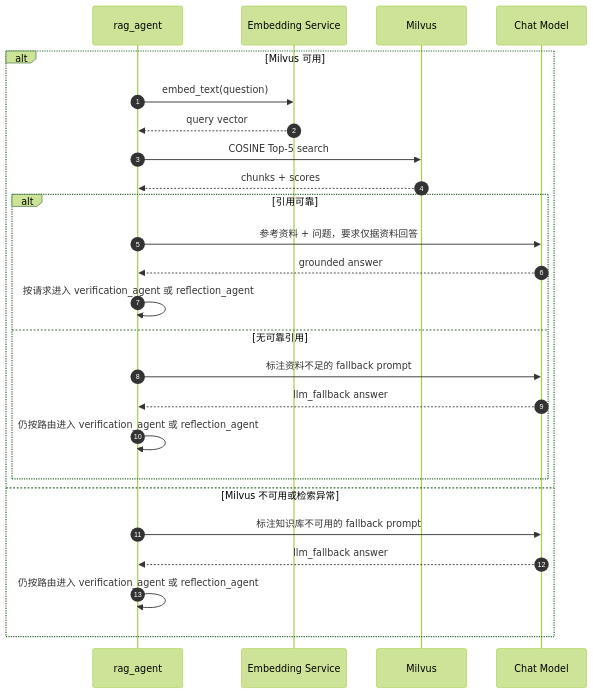
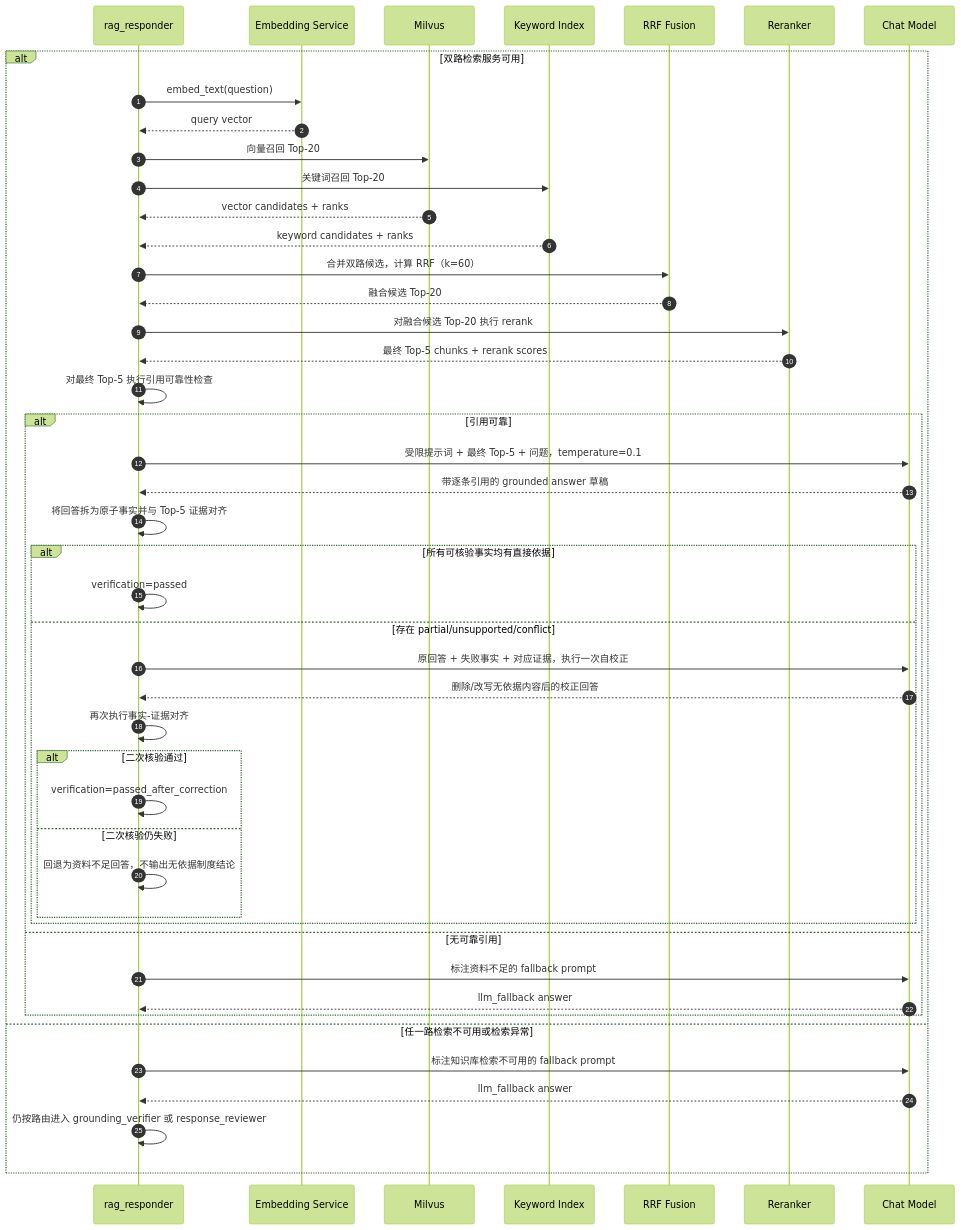
The seventh of 11 diagrams in docs/overall-design.md (wangyang-777/Multi-Agent-Business-Travel-Assistant-System), drawn with Mermaid (forest theme) before and after one commit. The commit also changed other lines of this file and 36 other files, not shown here.

````diff
--- a/docs/overall-design.md
+++ b/docs/overall-design.md
@@ -398,28 +446,49 @@
 ```mermaid
 sequenceDiagram
     autonumber
-    participant Graph as rag_agent
+    participant Graph as rag_responder
     participant Embed as Embedding Service
     participant Milvus as Milvus
+    participant Keyword as Keyword Index
+    participant RRF as RRF Fusion
+    participant Reranker as Reranker
     participant LLM as Chat Model
 
-    alt Milvus 可用
+    alt 双路检索服务可用
         Graph->>Embed: embed_text(question)
         Embed-->>Graph: query vector
-        Graph->>Milvus: COSINE Top-5 search
-        Milvus-->>Graph: chunks + scores
+        Graph->>Milvus: 向量召回 Top-20
+        Graph->>Keyword: 关键词召回 Top-20
+        Milvus-->>Graph: vector candidates + ranks
+        Keyword-->>Graph: keyword candidates + ranks
+        Graph->>RRF: 合并双路候选，计算 RRF（k=60）
+        RRF-->>Graph: 融合候选 Top-20
+        Graph->>Reranker: 对融合候选 Top-20 执行 rerank
+        Reranker-->>Graph: 最终 Top-5 chunks + rerank scores
+        Graph->>Graph: 对最终 Top-5 执行引用可靠性检查
         alt 引用可靠
-            Graph->>LLM: 参考资料 + 问题，要求仅据资料回答
-            LLM-->>Graph: grounded answer
-            Graph->>Graph: 按请求进入 verification_agent 或 reflection_agent
+            Graph->>LLM: 受限提示词 + 最终 Top-5 + 问题，temperature=0.1
+            LLM-->>Graph: 带逐条引用的 grounded answer 草稿
+            Graph->>Graph: 将回答拆为原子事实并与 Top-5 证据对齐
+            alt 所有可核验事实均有直接依据
+                Graph->>Graph: verification=passed
+            else 存在 partial/unsupported/conflict
+                Graph->>LLM: 原回答 + 失败事实 + 对应证据，执行一次自校正
+                LLM-->>Graph: 删除/改写无依据内容后的校正回答
+                Graph->>Graph: 再次执行事实-证据对齐
+                alt 二次核验通过
+                    Graph->>Graph: verification=passed_after_correction
+                else 二次核验仍失败
+                    Graph->>Graph: 回退为资料不足回答，不输出无依据制度结论
+                end
+            end
         else 无可靠引用
             Graph->>LLM: 标注资料不足的 fallback prompt
             LLM-->>Graph: llm_fallback answer
-            Graph->>Graph: 仍按路由进入 verification_agent 或 reflection_agent
         end
-    else Milvus 不可用或检索异常
-        Graph->>LLM: 标注知识库不可用的 fallback prompt
+    else 任一路检索不可用或检索异常
+        Graph->>LLM: 标注知识库检索不可用的 fallback prompt
         LLM-->>Graph: llm_fallback answer
-        Graph->>Graph: 仍按路由进入 verification_agent 或 reflection_agent
+        Graph->>Graph: 仍按路由进入 grounding_verifier 或 response_reviewer
     end
 ```
````
